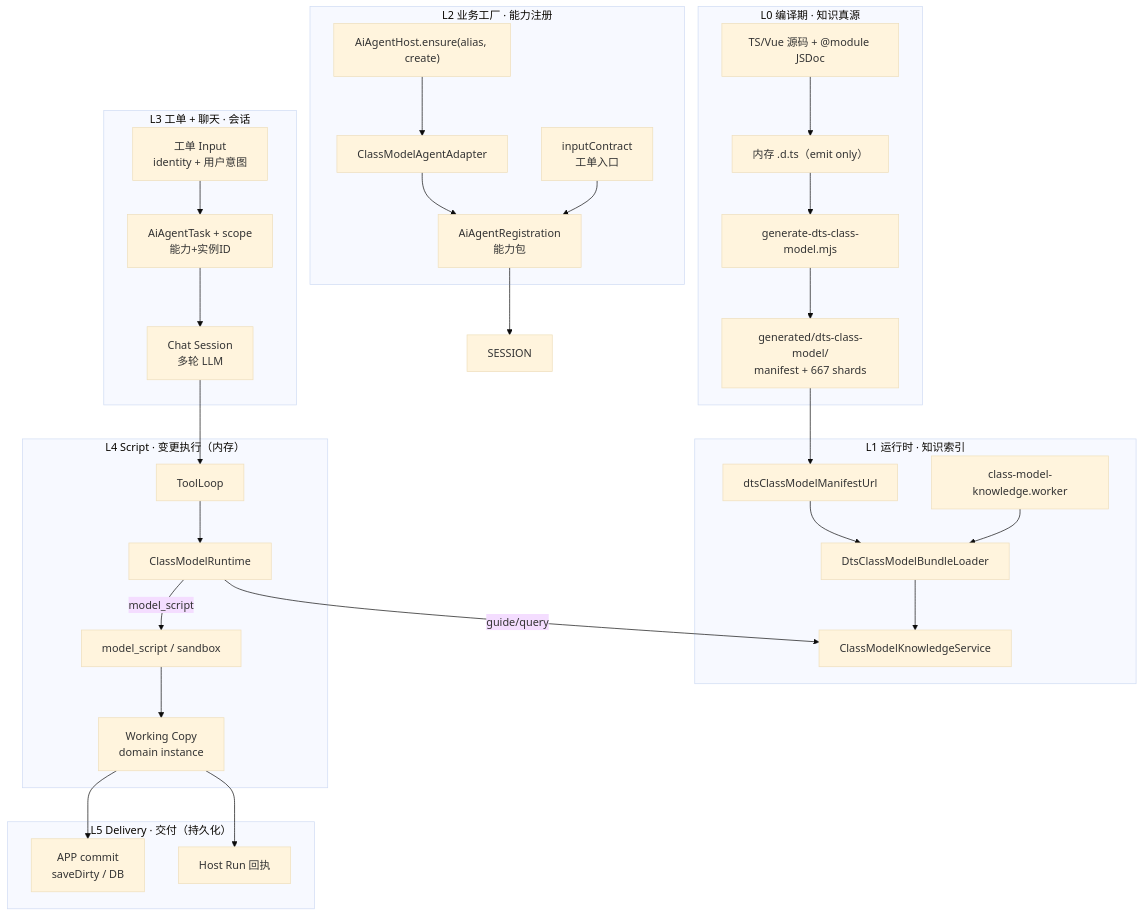
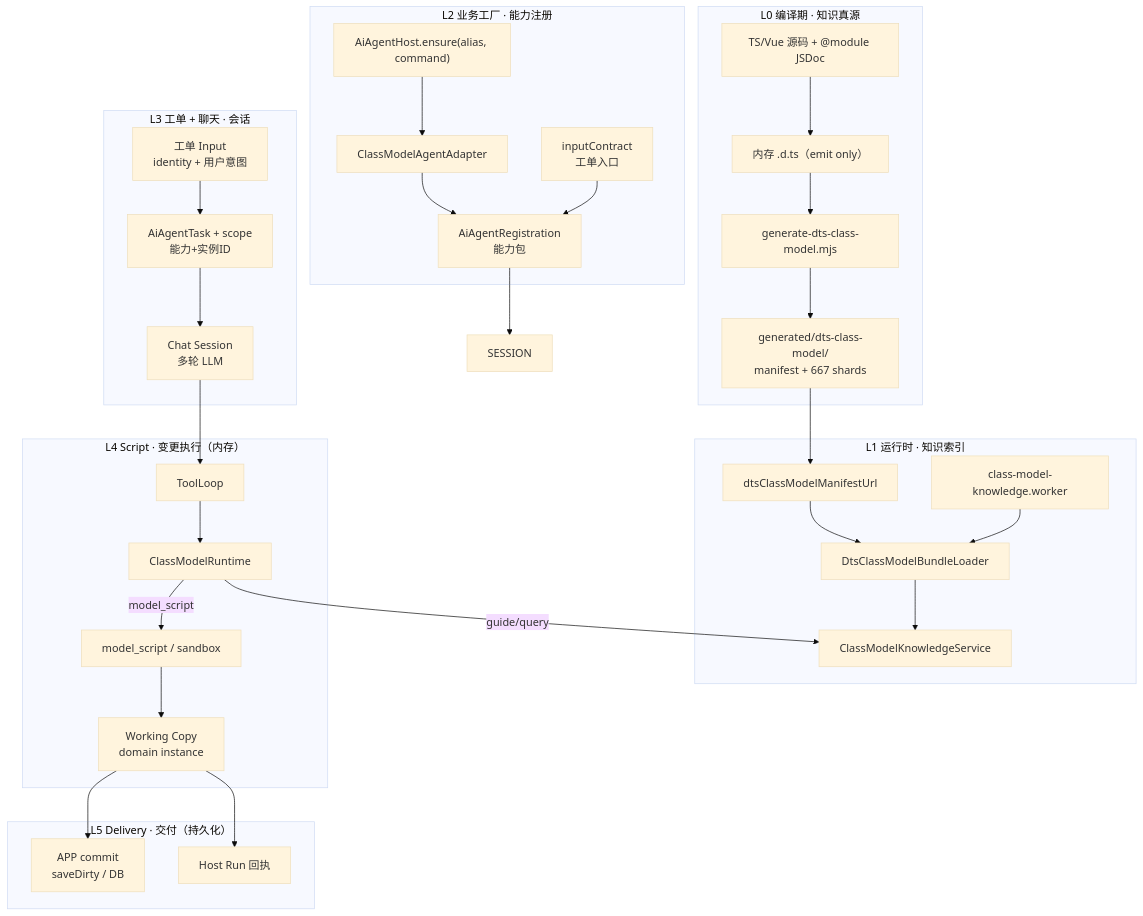
One commit to LMSpark/spark-view-vue changed the diagram in packages/spark-ai/docs/end-to-end-platform.md. Above: the diagram before and after it, drawn with Mermaid (base theme). The commit also changed other lines of this file and 6 other files, not shown here.

First line of the commit message:
feat(spark-ai): enhance class-model JSON schema generation and update docs

````diff
--- a/packages/spark-ai/docs/end-to-end-platform.md
+++ b/packages/spark-ai/docs/end-to-end-platform.md
@@ -133,55 +136,55 @@
 ```mermaid
 flowchart TB
   subgraph L0["L0 编译期 · 知识真源"]
     SRC["TS/Vue 源码 + @module JSDoc"]
     DTS["内存 .d.ts（emit only）"]
     GEN["generate-dts-class-model.mjs"]
     BUNDLE["generated/dts-class-model/<br/>manifest + 667 shards"]
     SRC --> DTS --> GEN --> BUNDLE
   end
 
   subgraph L1["L1 运行时 · 知识索引"]
     URL["dtsClassModelManifestUrl"]
     WORKER["class-model-knowledge.worker"]
     LOADER["DtsClassModelBundleLoader"]
     KS["ClassModelKnowledgeService"]
     URL --> LOADER
     WORKER --> LOADER --> KS
   end
 
   subgraph L2["L2 业务工厂 · 能力注册"]
-    ENSURE["AiAgentHost.ensure(alias, create)"]
+    ENSURE["AiAgentHost.ensure(alias, command)"]
     ADAPTER["ClassModelAgentAdapter"]
     REG["AiAgentRegistration<br/>能力包"]
     CONTRACT["inputContract<br/>工单入口"]
     ENSURE --> ADAPTER --> REG
     CONTRACT --> REG
   end
 
   subgraph L3["L3 工单 + 聊天 · 会话"]
     INPUT["工单 Input<br/>identity + 用户意图"]
     TASK["AiAgentTask + scope<br/>能力+实例ID"]
     CHAT["Chat Session<br/>多轮 LLM"]
     INPUT --> TASK --> CHAT
   end
 
   subgraph L4["L4 Script · 变更执行（内存）"]
     LOOP["ToolLoop"]
     RT["ClassModelRuntime"]
     SCRIPT["model_script / sandbox"]
     WC["Working Copy<br/>domain instance"]
     CHAT --> LOOP --> RT
     RT -->|model_script| SCRIPT --> WC
     RT -->|guide/query| KS
   end
 
   subgraph L5["L5 Delivery · 交付（持久化）"]
     COMMIT["APP commit<br/>saveDirty / DB"]
     RECEIPT["Host Run 回执"]
     WC --> COMMIT
     WC --> RECEIPT
   end
 
   BUNDLE --> URL
   REG --> SESSION
 ```
````
